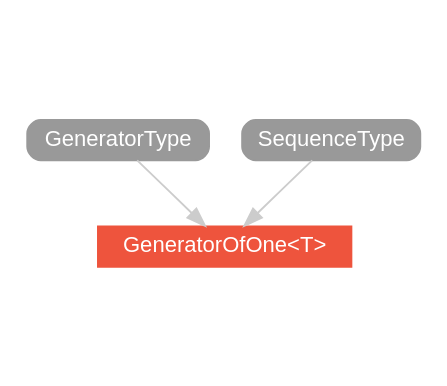
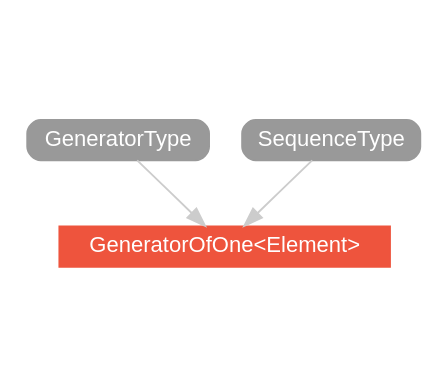
One commit to SwiftDocOrg/swiftdoc.org changed the diagram in swift-2/type/GeneratorOfOne/hierarchy/index.dot. Above: the diagram before and after it, drawn with Graphviz. The commit also changed 541 other files, not shown here.

```diff
--- a/swift-2/type/GeneratorOfOne/hierarchy/index.dot
+++ b/swift-2/type/GeneratorOfOne/hierarchy/index.dot
@@ -1,12 +1,12 @@
-strict digraph "GeneratorOfOne<T> - Type Hierarchy - SwiftDoc.org" {
+strict digraph "GeneratorOfOne<Element> - Type Hierarchy - SwiftDoc.org" {
     pad="0.1,0.8"
     node [shape=box, style="filled,rounded", color="#999999", fillcolor="#999999", fontcolor=white, fontname=Helvetica, fontnames="Helvetica,sansserif", fontsize=12, margin="0.07,0.05", height="0.3"]
     edge [color="#cccccc"]
-    "GeneratorOfOne<T>" [URL="/type/GeneratorOfOne/", style="filled", fillcolor="#ee543d", color="#ee543d"]
+    "GeneratorOfOne<Element>" [URL="/type/GeneratorOfOne/", style="filled", fillcolor="#ee543d", color="#ee543d"]
     "GeneratorType" [URL="/protocol/GeneratorType/"]
-    "SequenceType" [URL="/protocol/SequenceType/"]    "GeneratorType" -> "GeneratorOfOne<T>"
-    "SequenceType" -> "GeneratorOfOne<T>"
+    "SequenceType" [URL="/protocol/SequenceType/"]    "GeneratorType" -> "GeneratorOfOne<Element>"
+    "SequenceType" -> "GeneratorOfOne<Element>"
     subgraph Types {
-        rank = max; "GeneratorOfOne<T>";
+        rank = max; "GeneratorOfOne<Element>";
     }
 }
```
